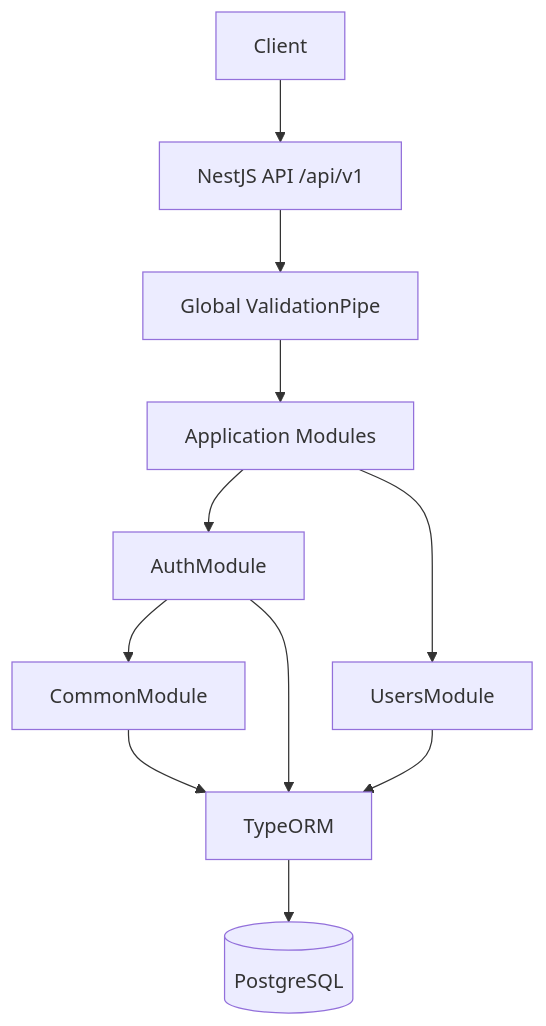
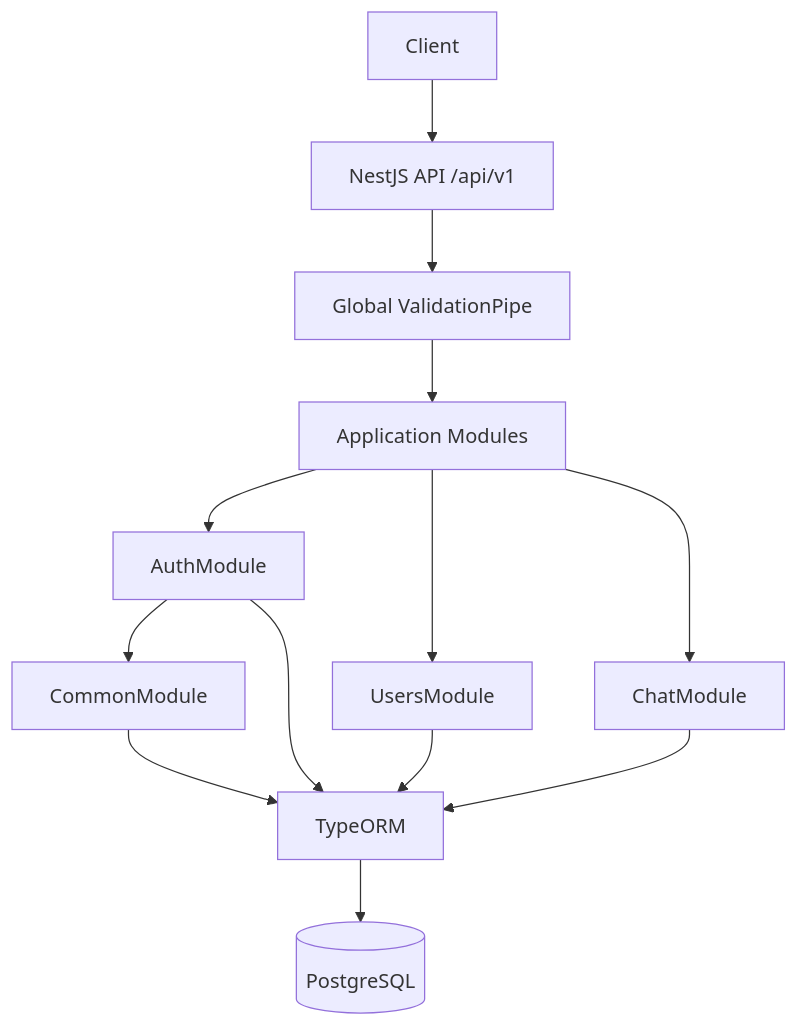
The first of 2 diagrams in README.md (MissingLinkTech/mediflow-ai), drawn with Mermaid before and after one commit. The commit also changed other lines of this file and 21 other files, not shown here.

````diff
--- a/README.md
+++ b/README.md
@@ -104,23 +106,26 @@
 ```mermaid
 flowchart TD
   Client[Client]
   API[NestJS API /api/v1]
   Validation[Global ValidationPipe]
   AppModules[Application Modules]
   Auth[AuthModule]
   Users[UsersModule]
+  Chat[ChatModule]
   Common[CommonModule]
   TypeORM[TypeORM]
   Postgres[(PostgreSQL)]
 
   Client --> API
   API --> Validation
   Validation --> AppModules
   AppModules --> Auth
   AppModules --> Users
+  AppModules --> Chat
   Auth --> Common
   Auth --> TypeORM
   Users --> TypeORM
+  Chat --> TypeORM
   Common --> TypeORM
   TypeORM --> Postgres
 ```
````
